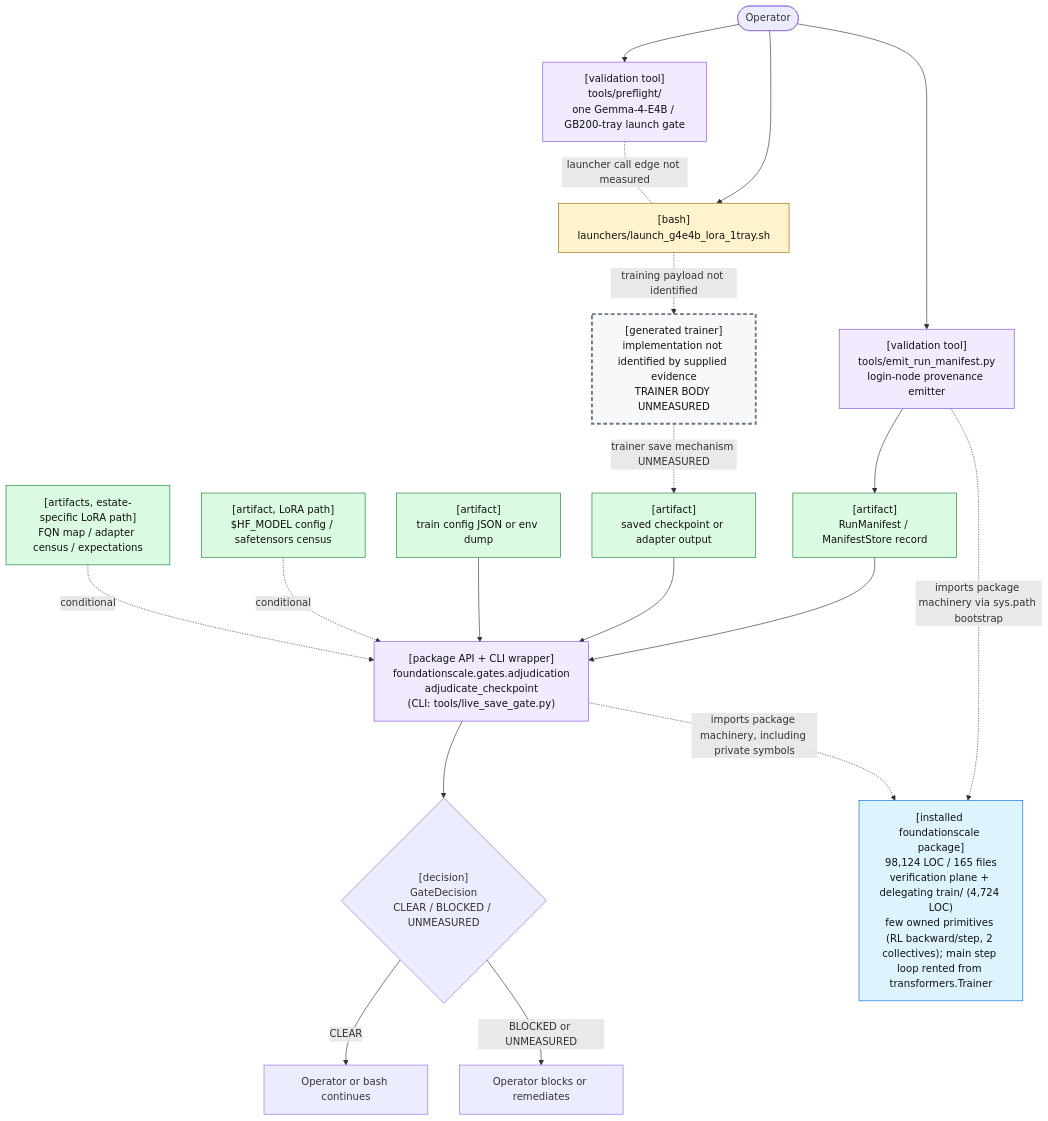
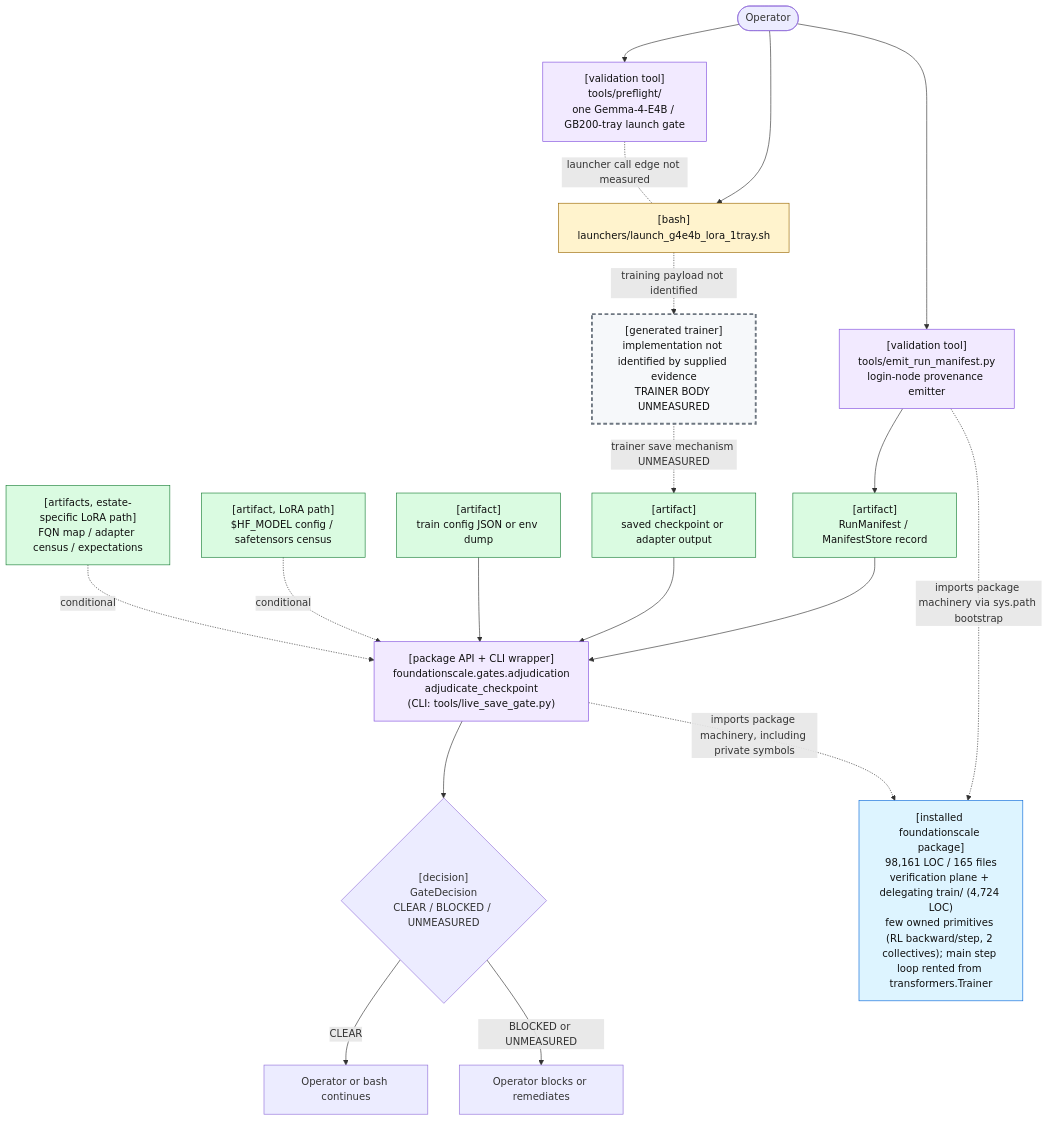
The first of 2 diagrams in docs/review/D2_current_architecture.md (TranNhiem/FoundationScale), drawn with Mermaid before and after one commit. The commit also changed other lines of this file and 10 other files, not shown here.

````diff
--- a/docs/review/D2_current_architecture.md
+++ b/docs/review/D2_current_architecture.md
@@ -25,59 +25,59 @@
 ```mermaid
 flowchart TB
   O(["Operator"])
 
   PF["[validation tool]<br/>tools/preflight/<br/>one Gemma-4-E4B / GB200-tray launch gate"]
   L["[bash]<br/>launchers/launch_g4e4b_lora_1tray.sh"]
 
   E["[validation tool]<br/>tools/emit_run_manifest.py<br/>login-node provenance emitter"]
   M["[artifact]<br/>RunManifest / ManifestStore record"]
 
   T["[generated trainer]<br/>implementation not identified by supplied evidence<br/>TRAINER BODY UNMEASURED"]
   C["[artifact]<br/>saved checkpoint or adapter output"]
 
   G["[package API + CLI wrapper]<br/>foundationscale.gates.adjudication<br/>adjudicate_checkpoint<br/>(CLI: tools/live_save_gate.py)"]
   CFG["[artifact]<br/>train config JSON or env dump"]
   BASE["[artifact, LoRA path]<br/>$HF_MODEL config / safetensors census"]
   CEN["[artifacts, estate-specific LoRA path]<br/>FQN map / adapter census / expectations"]
 
   D{"[decision]<br/>GateDecision<br/>CLEAR / BLOCKED / UNMEASURED"}
   OK["Operator or bash continues"]
   NO["Operator blocks or remediates"]
 
-  PKG["[installed foundationscale package]<br/>98,124 LOC / 165 files<br/>verification plane + delegating train/ (4,724 LOC)<br/>few owned primitives (RL backward/step, 2 collectives); main step loop rented from transformers.Trainer"]
+  PKG["[installed foundationscale package]<br/>98,161 LOC / 165 files<br/>verification plane + delegating train/ (4,724 LOC)<br/>few owned primitives (RL backward/step, 2 collectives); main step loop rented from transformers.Trainer"]
 
   O --> PF
   O --> L
   PF -. "launcher call edge not measured" .- L
 
   O --> E
   E --> M
 
   L -. "training payload not identified" .-> T
   T -. "trainer save mechanism UNMEASURED" .-> C
 
   M --> G
   C --> G
   CFG --> G
   BASE -. "conditional" .-> G
   CEN -. "conditional" .-> G
 
   E -. "imports package machinery via sys.path bootstrap" .-> PKG
   G -. "imports package machinery, including private symbols" .-> PKG
 
   G --> D
   D -->|"CLEAR"| OK
   D -->|"BLOCKED or UNMEASURED"| NO
 
   classDef bash fill:#fff3cd,stroke:#9a6700,color:#111;
   classDef tool fill:#f2eaff,stroke:#8250df,color:#111;
   classDef artifact fill:#dafbe1,stroke:#1a7f37,color:#111;
   classDef gap fill:#f6f8fa,stroke:#6e7781,stroke-width:3px,stroke-dasharray: 6 4,color:#111;
   classDef pkg fill:#ddf4ff,stroke:#0969da,color:#111;
 
   class L bash;
   class PF,E,G tool;
   class M,C,CFG,BASE,CEN artifact;
   class T gap;
   class PKG pkg;
 ```
````
